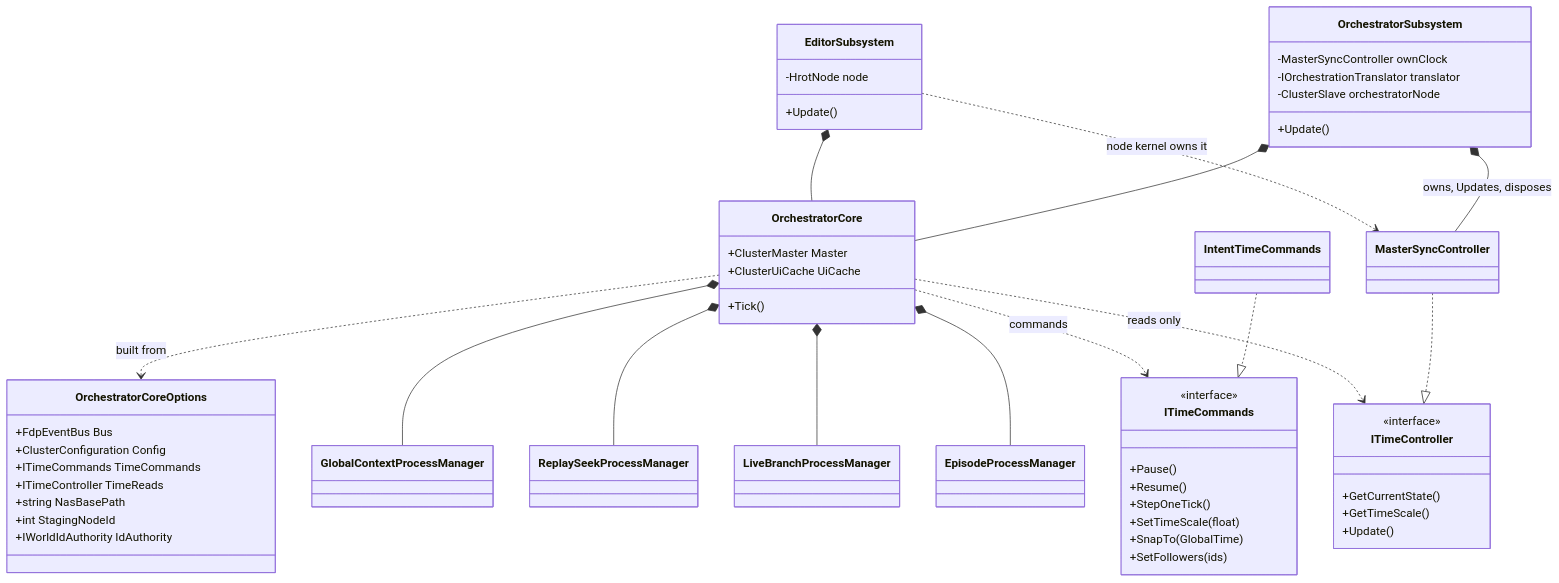
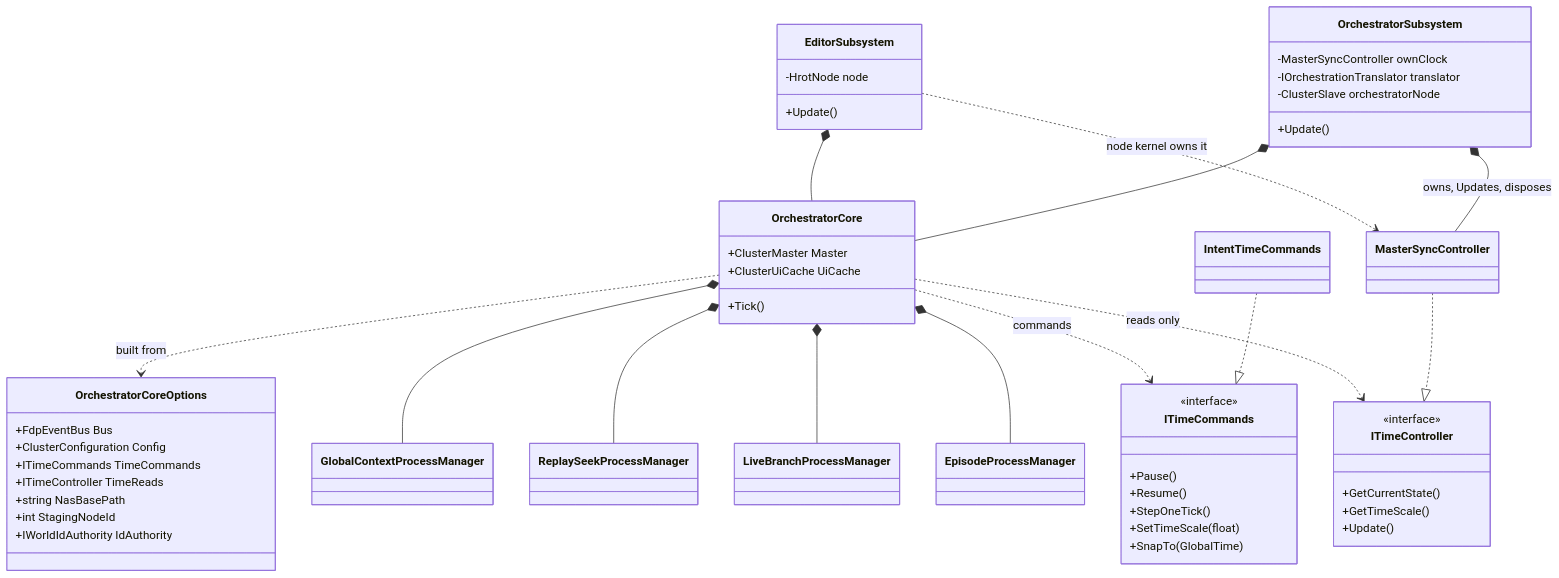
Before and after one commit to pjanec/HROT: the first of 3 diagrams in docs/blueprints/Architect_Question_86_Editor_Runs_The_Orchestrator_Core.md, drawn with Mermaid. The commit also changed other lines of this file and 1 other file, not shown here.

````diff
--- a/docs/blueprints/Architect_Question_86_Editor_Runs_The_Orchestrator_Core.md
+++ b/docs/blueprints/Architect_Question_86_Editor_Runs_The_Orchestrator_Core.md
@@ -90,62 +96,61 @@
 ```mermaid
 classDiagram
     class OrchestratorCore {
         +ClusterMaster Master
         +ClusterUiCache UiCache
         +Tick()
     }
     class OrchestratorCoreOptions {
         +FdpEventBus Bus
         +ClusterConfiguration Config
         +ITimeCommands TimeCommands
         +ITimeController TimeReads
         +string NasBasePath
         +int StagingNodeId
         +IWorldIdAuthority IdAuthority
     }
     class OrchestratorSubsystem {
         -MasterSyncController ownClock
         -IOrchestrationTranslator translator
         -ClusterSlave orchestratorNode
         +Update()
     }
     class EditorSubsystem {
         -HrotNode node
         +Update()
     }
     class MasterSyncController
     class ITimeCommands {
         <<interface>>
         +Pause()
         +Resume()
         +StepOneTick()
         +SetTimeScale(float)
         +SnapTo(GlobalTime)
-        +SetFollowers(ids)
     }
     class ITimeController {
         <<interface>>
         +GetCurrentState()
         +GetTimeScale()
         +Update()
     }
     class IntentTimeCommands
     class GlobalContextProcessManager
     class ReplaySeekProcessManager
     class LiveBranchProcessManager
     class EpisodeProcessManager
 
     OrchestratorCore ..> OrchestratorCoreOptions : built from
     OrchestratorCore *-- GlobalContextProcessManager
     OrchestratorCore *-- ReplaySeekProcessManager
     OrchestratorCore *-- LiveBranchProcessManager
     OrchestratorCore *-- EpisodeProcessManager
     OrchestratorSubsystem *-- OrchestratorCore
     EditorSubsystem *-- OrchestratorCore
     OrchestratorSubsystem *-- MasterSyncController : owns, Updates, disposes
     EditorSubsystem ..> MasterSyncController : node kernel owns it
     IntentTimeCommands ..|> ITimeCommands
     MasterSyncController ..|> ITimeController
     OrchestratorCore ..> ITimeCommands : commands
     OrchestratorCore ..> ITimeController : reads only
 ```
````
